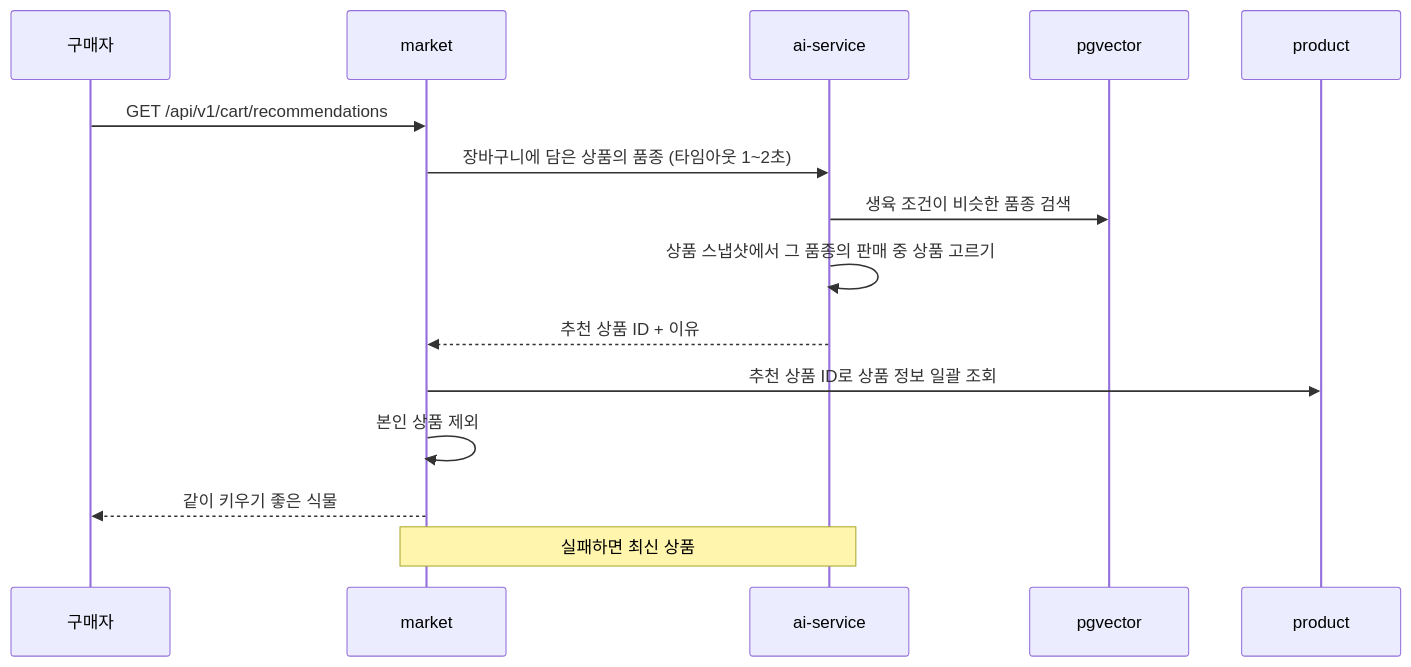
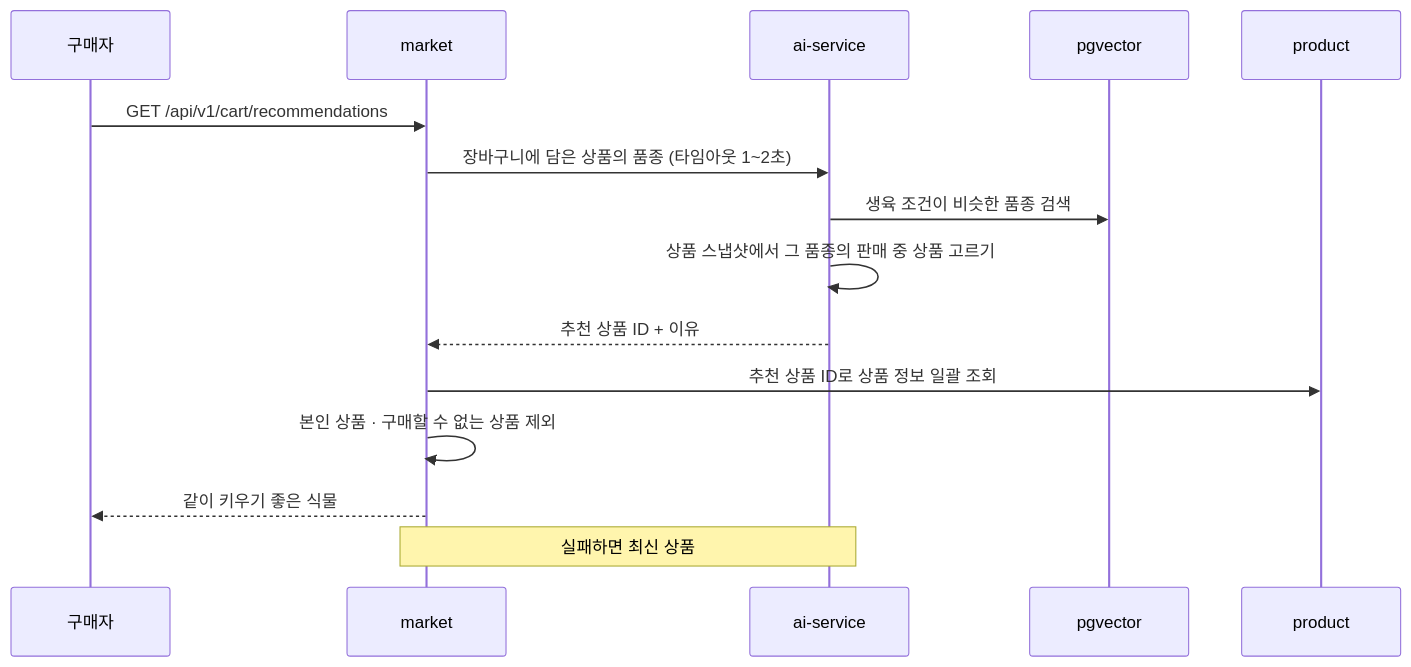
Before and after one commit to prgrms-be-adv-devcourse/beadv8_8_JustCommit_BE: the diagram in docs/flows/search-recommend.md, drawn with Mermaid. The commit also changed other lines of this file and 2 other files, not shown here.

Commit message:
Docs: 리뷰 반영 — CHANGELOG PR 번호 · 추천 조회 구매 불가 상품 제외 · ADR 0021 순서 보장 전제 (#293)

````diff
--- a/docs/flows/search-recommend.md
+++ b/docs/flows/search-recommend.md
@@ -39,17 +39,17 @@
 ```mermaid
 sequenceDiagram
     participant U as 구매자
     participant M as market
     participant AI as ai-service
     participant V as pgvector
     participant PR as product
     U->>M: GET /api/v1/cart/recommendations
     M->>AI: 장바구니에 담은 상품의 품종 (타임아웃 1~2초)
     AI->>V: 생육 조건이 비슷한 품종 검색
     AI->>AI: 상품 스냅샷에서 그 품종의 판매 중 상품 고르기
     AI-->>M: 추천 상품 ID + 이유
     M->>PR: 추천 상품 ID로 상품 정보 일괄 조회
-    M->>M: 본인 상품 제외
+    M->>M: 본인 상품 · 구매할 수 없는 상품 제외
     M-->>U: 같이 키우기 좋은 식물
     Note over M,AI: 실패하면 최신 상품
 ```
````
